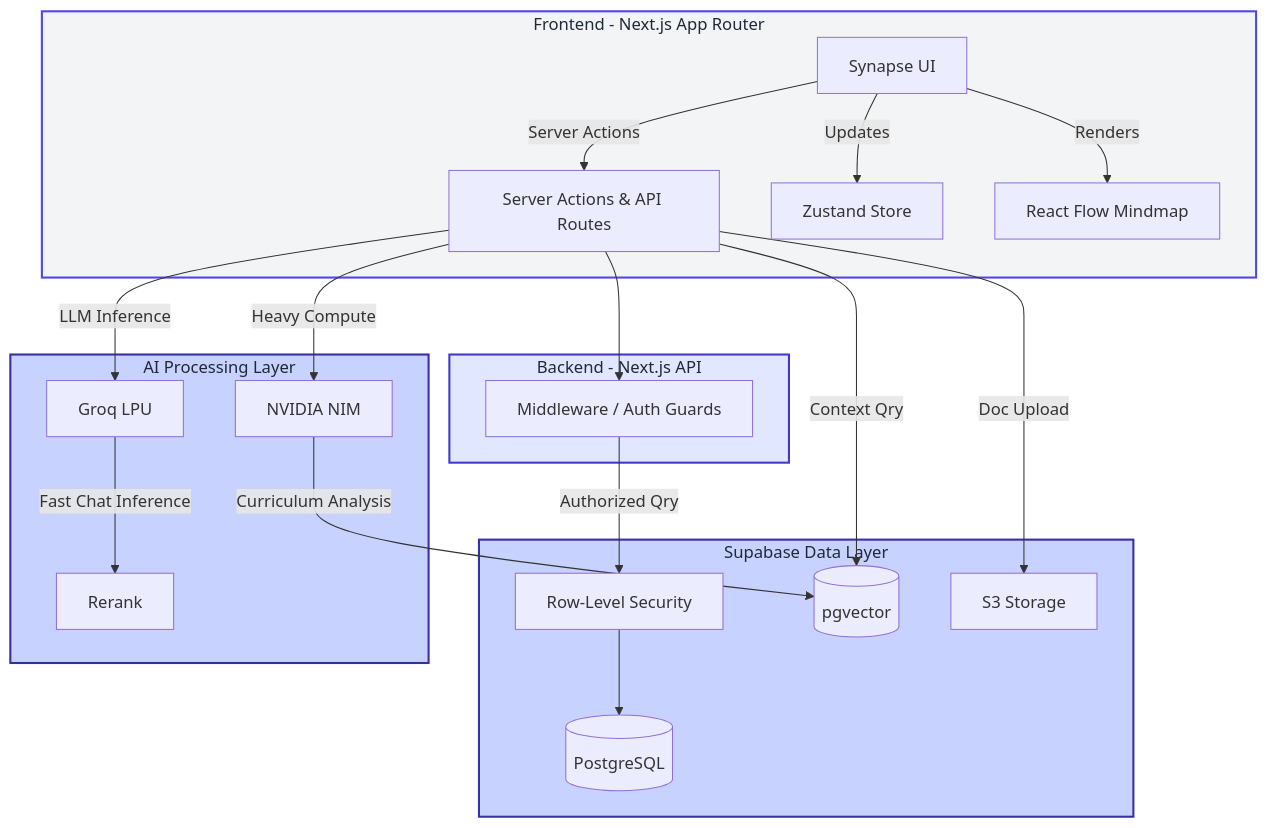
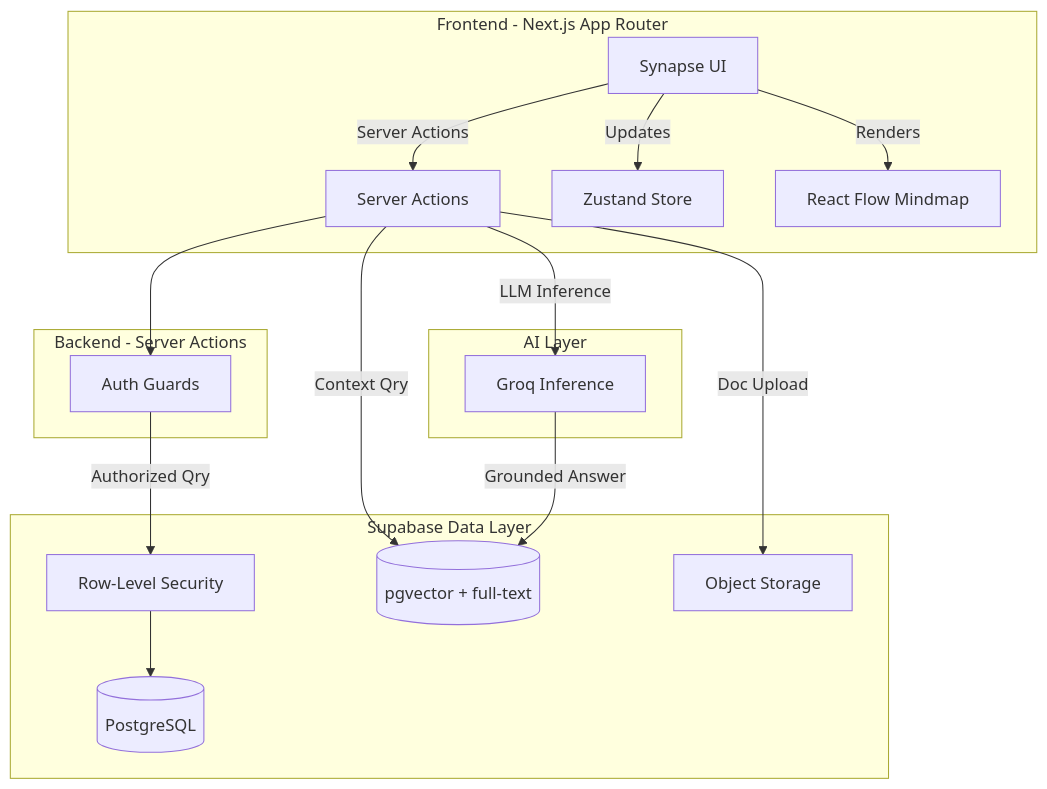
One commit to pantha704/synapse changed the diagram in README.md. Above: the diagram before and after it, drawn with Mermaid. The commit also changed other lines of this file, not shown here.

````diff
--- a/README.md
+++ b/README.md
@@ -47,42 +48,36 @@
 ```mermaid
 graph TD
     classDef client fill:#f3f4f6,stroke:#4f46e5,stroke-width:2px,color:#1f2937
     classDef server fill:#e0e7ff,stroke:#4338ca,stroke-width:2px,color:#1f2937
     classDef infra fill:#c7d2fe,stroke:#3730a3,stroke-width:2px,color:#1f2937
-    
+
     subgraph Client [Frontend - Next.js App Router]
         UI[Synapse UI] --> |Server Actions| API
         UI --> |Updates| State[Zustand Store]
         UI --> |Renders| Canvas[React Flow Mindmap]
     end
 
-    subgraph Backend [Backend - Next.js API]
-        API[Server Actions & API Routes]
-        AuthMW[Middleware / Auth Guards]
+    subgraph Backend [Backend - Server Actions]
+        API[Server Actions]
+        AuthMW[Auth Guards]
         API --> AuthMW
     end
 
     subgraph Supabase [Supabase Data Layer]
         DB[(PostgreSQL)]
         RLS[Row-Level Security]
-        Vectors[(pgvector)]
-        Storage[S3 Storage]
+        Vectors[(pgvector + full-text)]
+        Storage[Object Storage]
     end
-    
-    subgraph AI [AI Processing Layer]
-        Groq[Groq LPU] --> |Fast Chat Inference| Rerank
-        NIM[NVIDIA NIM] --> |Curriculum Analysis| Vectors
+
+    subgraph AI [AI Layer]
+        Groq[Groq Inference]
     end
 
     AuthMW --> |Authorized Qry| RLS
     RLS --> DB
     API --> |Doc Upload| Storage
     API --> |Context Qry| Vectors
     API --> |LLM Inference| Groq
-    API --> |Heavy Compute| NIM
-
-    class Client client
-    class Backend server
-    class Supabase infra
-    class AI infra
+    Groq --> |Grounded Answer| Vectors
 ```
````
